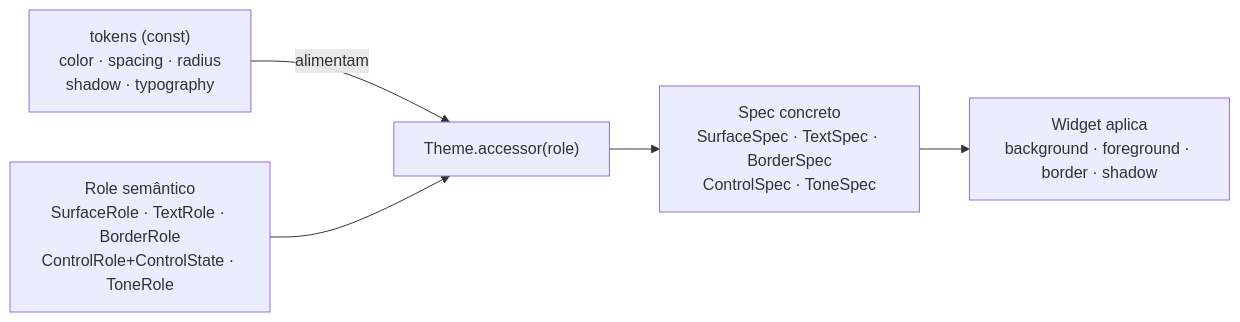
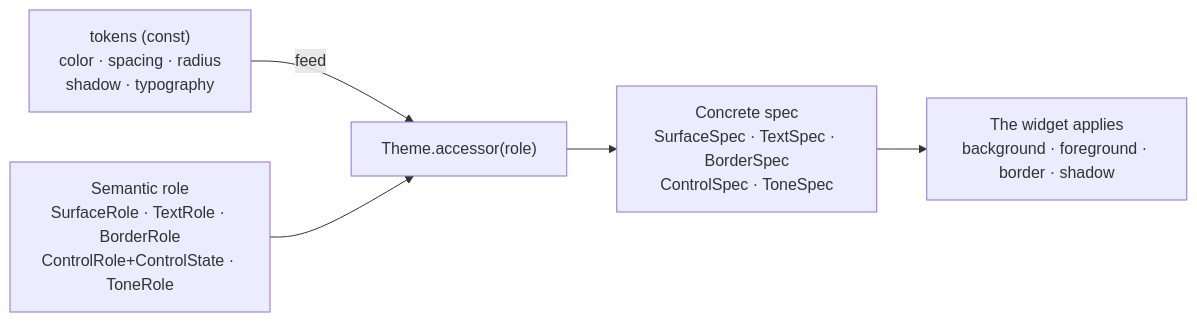
The second of 3 diagrams in docs/architecture/design-system.md (JirlanSouza/nive), drawn with Mermaid before and after one commit. The commit also changed other lines of this file and 15 other files, not shown here.

````diff
--- a/docs/architecture/design-system.md
+++ b/docs/architecture/design-system.md
@@ -132,7 +132,7 @@
 ```mermaid
 flowchart LR
-    tokens["tokens (const)<br/>color · spacing · radius<br/>shadow · typography"] -->|alimentam| theme
-    role["Role semântico<br/>SurfaceRole · TextRole · BorderRole<br/>ControlRole+ControlState · ToneRole"] --> theme["Theme.accessor(role)"]
-    theme --> spec["Spec concreto<br/>SurfaceSpec · TextSpec · BorderSpec<br/>ControlSpec · ToneSpec"]
-    spec --> widget["Widget aplica<br/>background · foreground · border · shadow"]
+    tokens["tokens (const)<br/>color · spacing · radius<br/>shadow · typography"] -->|feed| theme
+    role["Semantic role<br/>SurfaceRole · TextRole · BorderRole<br/>ControlRole+ControlState · ToneRole"] --> theme["Theme.accessor(role)"]
+    theme --> spec["Concrete spec<br/>SurfaceSpec · TextSpec · BorderSpec<br/>ControlSpec · ToneSpec"]
+    spec --> widget["The widget applies<br/>background · foreground · border · shadow"]
 ```
````
